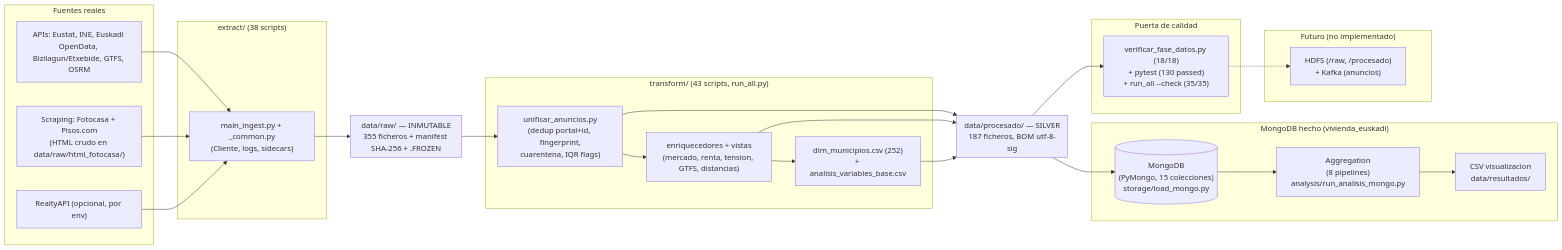
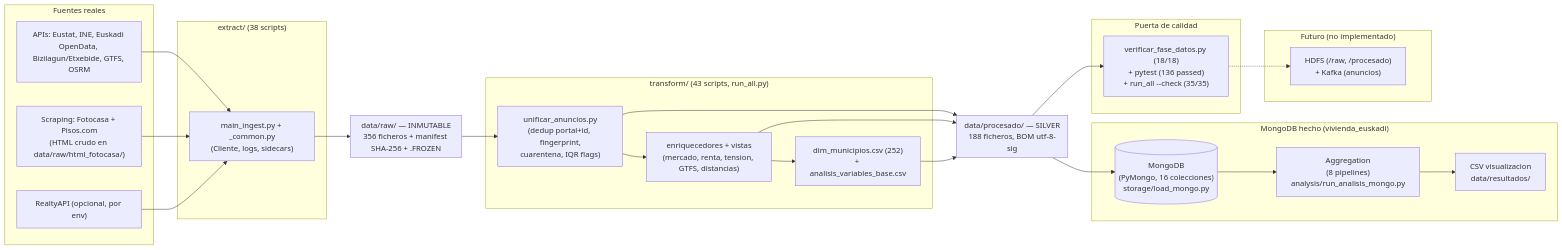
The diagram in docs/arquitectura_datos.md (mikelrh-dev/bigdata-vivienda-euskadi), drawn with Mermaid before and after one commit. The commit also changed other lines of this file and 26 other files, not shown here.

````diff
--- a/docs/arquitectura_datos.md
+++ b/docs/arquitectura_datos.md
@@ -6,45 +6,45 @@
 ```mermaid
 flowchart LR
     subgraph Fuentes["Fuentes reales"]
         API["APIs: Eustat, INE, Euskadi OpenData, Bizilagun/Etxebide, GTFS, OSRM"]
         SCR["Scraping: Fotocasa + Pisos.com\n(HTML crudo en data/raw/html_fotocasa/)"]
         OPT["RealtyAPI (opcional, por env)"]
     end
     subgraph Extract["extract/ (38 scripts)"]
         ING["main_ingest.py + _common.py\n(Cliente, logs, sidecars)"]
     end
-    subgraph RAW["data/raw/ — INMUTABLE\n355 ficheros + manifest SHA-256 + .FROZEN"]
+    subgraph RAW["data/raw/ — INMUTABLE\n356 ficheros + manifest SHA-256 + .FROZEN"]
     end
     subgraph Transform["transform/ (43 scripts, run_all.py)"]
         UNI["unificar_anuncios.py\n(dedup portal+id, fingerprint,\ncuarentena, IQR flags)"]
         ENR["enriquecedores + vistas\n(mercado, renta, tension, GTFS, distancias)"]
         DIM["dim_municipios.csv (252)\n+ analisis_variables_base.csv"]
     end
-    subgraph Silver["data/procesado/ — SILVER\n187 ficheros, BOM utf-8-sig"]
+    subgraph Silver["data/procesado/ — SILVER\n188 ficheros, BOM utf-8-sig"]
     end
     subgraph QA["Puerta de calidad"]
-        GATE["verificar_fase_datos.py (18/18)\n+ pytest (130 passed)\n+ run_all --check (35/35)"]
+        GATE["verificar_fase_datos.py (18/18)\n+ pytest (136 passed)\n+ run_all --check (35/35)"]
     end
     subgraph Mongo["MongoDB hecho (vivienda_euskadi)"]
-        MONGO[("MongoDB\n(PyMongo, 15 colecciones)\nstorage/load_mongo.py")]
+        MONGO[("MongoDB\n(PyMongo, 16 colecciones)\nstorage/load_mongo.py")]
         AGG["Aggregation\n(8 pipelines)\nanalysis/run_analisis_mongo.py"]
         CSV["CSV visualizacion\ndata/resultados/"]
     end
     subgraph Futuro["Futuro (no implementado)"]
         HK["HDFS (/raw, /procesado)\n+ Kafka (anuncios)"]
     end
     API --> ING
     SCR --> ING
     OPT --> ING
     ING --> RAW
     RAW --> UNI
     UNI --> ENR
     ENR --> DIM
     UNI --> Silver
     ENR --> Silver
     DIM --> Silver
     Silver --> GATE
     Silver --> MONGO
     MONGO --> AGG --> CSV
     GATE -.-> HK
 ```
````
